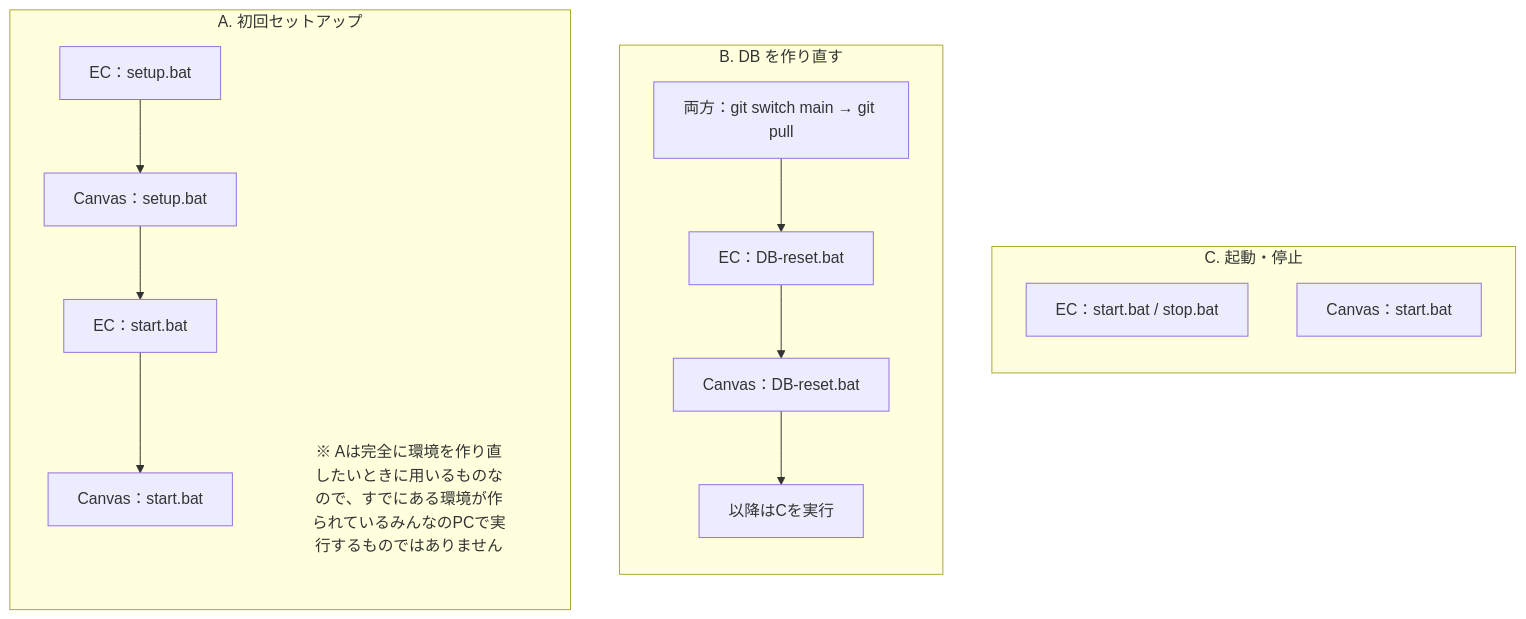
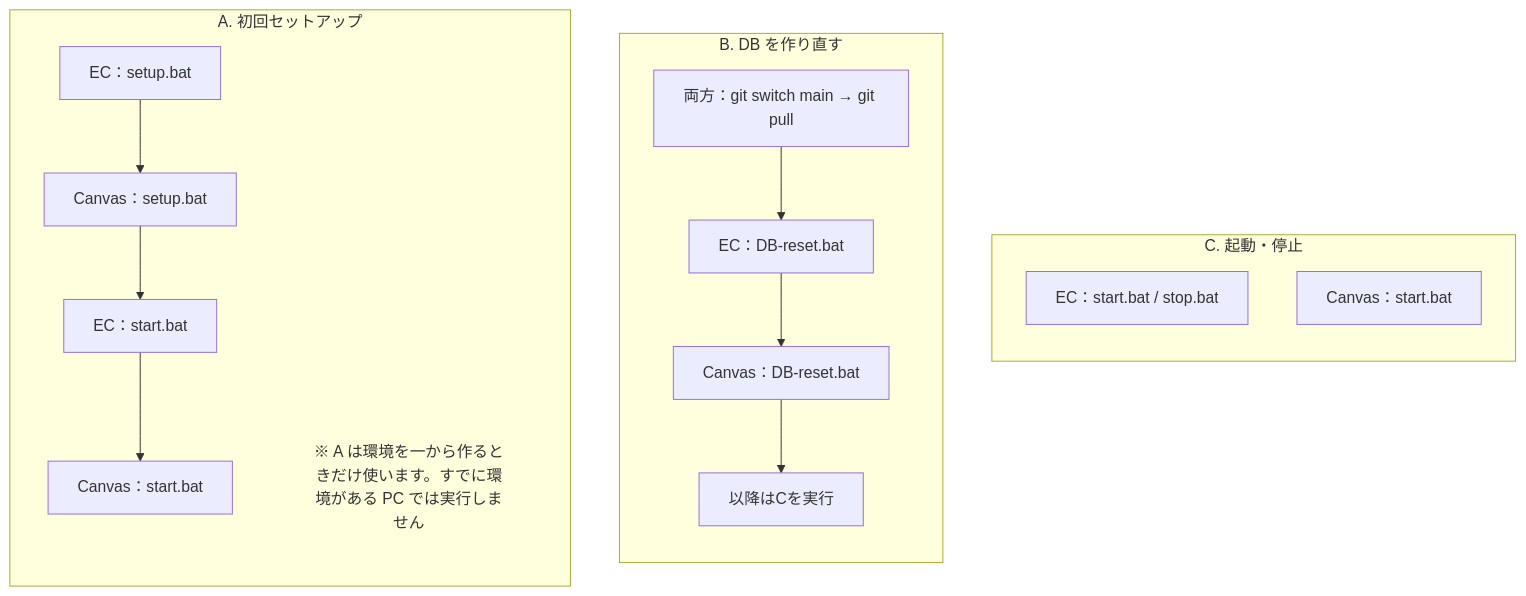
One commit to abeouga/kusakari-ec changed the first of 2 diagrams in docs/other-pc-scripts.md. Above: the diagram before and after it, drawn with Mermaid. The commit also changed other lines of this file and 88 other files, not shown here.

````diff
--- a/docs/other-pc-scripts.md
+++ b/docs/other-pc-scripts.md
@@ -5,26 +5,26 @@
 ```mermaid
 flowchart LR
   subgraph FIRST["A. 初回セットアップ"]
     direction TB
     A1["EC：setup.bat"] --> A2["Canvas：setup.bat"] --> A3["EC：start.bat"] --> A4["Canvas：start.bat"]
-    AT["※ Aは完全に環境を作り直したいときに用いるものなので、すでにある環境が作られているみんなのPCで実行するものではありません"]:::note
+    AT["※ A は環境を一から作るときだけ使います。すでに環境がある PC では実行しません"]:::note
   end
 
   subgraph RESET["B. DB を作り直す"]
     direction TB
     B1["両方：git switch main → git pull"]
     B1 --> B2["EC：DB-reset.bat"]
     B2 --> B3["Canvas：DB-reset.bat"]
     B3 --> B4["以降はCを実行"]
   end
 
   subgraph DAILY["C. 起動・停止"]
     direction TB
     C1["EC：start.bat / stop.bat"]
     C2["Canvas：start.bat"]
   end
 
   FIRST ~~~ RESET ~~~ DAILY
 
   classDef note fill:none,stroke:none
 ```
````
